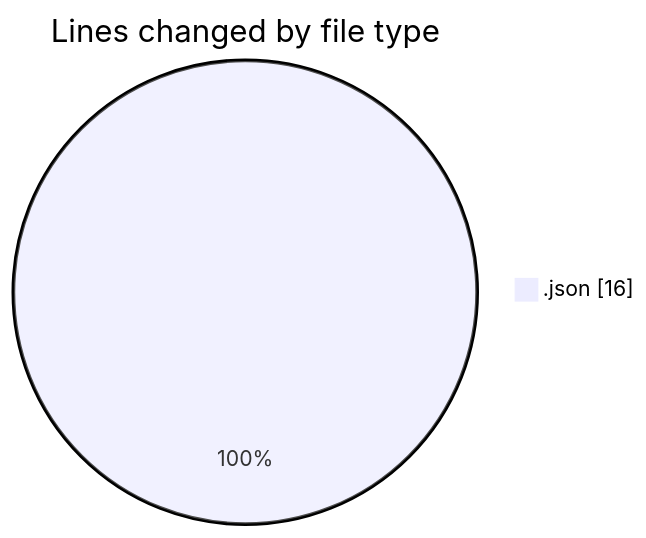
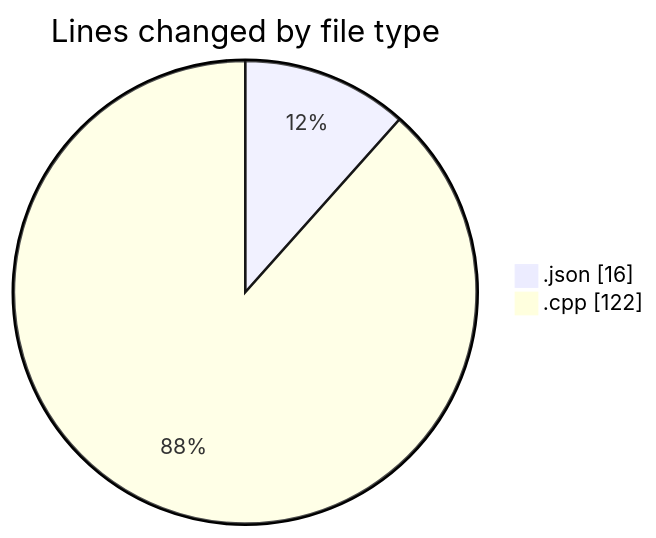
The first of 2 diagrams in 2025-04-18/echo/README.md (Netris89/code-tracking), drawn with Mermaid before and after one commit. The commit also changed other lines of this file and 1 other file, not shown here.

````diff
--- a/2025-04-18/echo/README.md
+++ b/2025-04-18/echo/README.md
@@ -20,5 +21,6 @@
 ```mermaid
 pie showData
 title Lines changed by file type
 ".json" : 16
+".cpp" : 122
 ```
````
